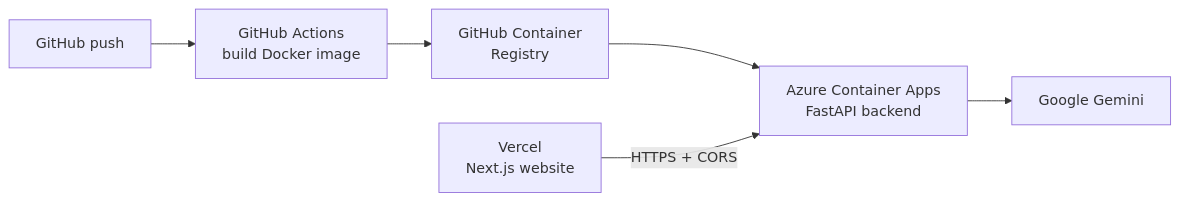
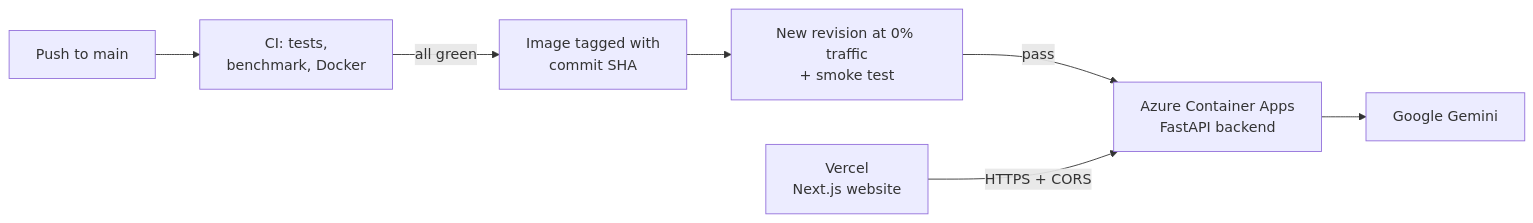
Before and after one commit to Md-Faiz-Alam/docqna: the second of 2 diagrams in README.md, drawn with Mermaid. The commit also changed other lines of this file and 9 other files, not shown here.

Commit message:
Add blue/green continuous deployment to Azure after CI passes

````diff
--- a/README.md
+++ b/README.md
@@ -59,8 +59,9 @@
 ```mermaid
 flowchart LR
-    GH[GitHub push] --> GA[GitHub Actions<br/>build Docker image]
-    GA --> CR[GitHub Container<br/>Registry]
-    CR --> ACA[Azure Container Apps<br/>FastAPI backend]
+    GH[Push to main] --> CI[CI: tests,<br/>benchmark, Docker]
+    CI -->|all green| CR[Image tagged with<br/>commit SHA]
+    CR --> BG[New revision at 0% traffic<br/>+ smoke test]
+    BG -->|pass| ACA[Azure Container Apps<br/>FastAPI backend]
     V[Vercel<br/>Next.js website] -->|HTTPS + CORS| ACA
     ACA --> GM[Google Gemini]
 ```
````
